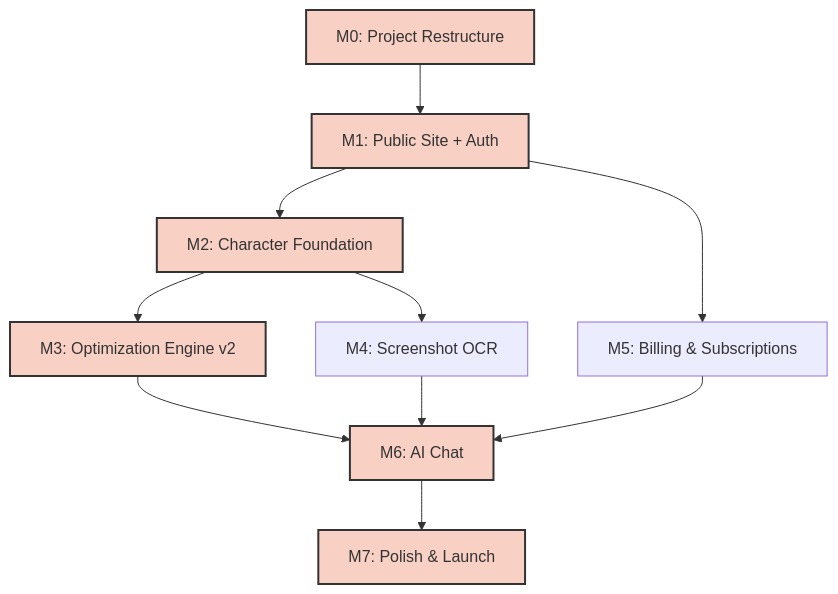
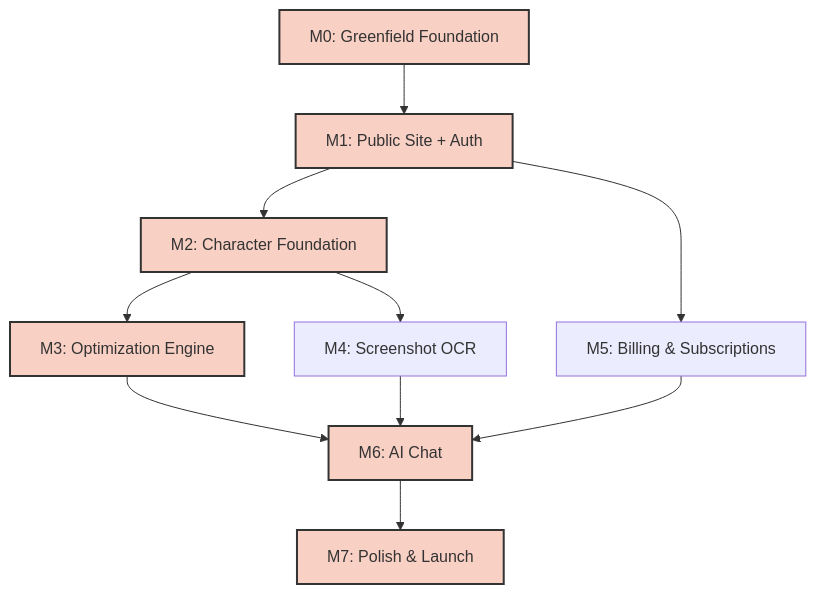
The diagram in docs/ROADMAP.md (glaucus-app/app), drawn with Mermaid before and after one commit. The commit also changed other lines of this file and 4 other files, not shown here.

````diff
--- a/docs/ROADMAP.md
+++ b/docs/ROADMAP.md
@@ -29,15 +29,15 @@
 ```mermaid
 graph TD
-    M0[M0: Project Restructure] --> M1[M1: Public Site + Auth]
+    M0[M0: Greenfield Foundation] --> M1[M1: Public Site + Auth]
     M1 --> M2[M2: Character Foundation]
     M1 --> M5[M5: Billing & Subscriptions]
-    M2 --> M3[M3: Optimization Engine v2]
+    M2 --> M3[M3: Optimization Engine]
     M2 --> M4[M4: Screenshot OCR]
     M3 --> M6[M6: AI Chat]
     M4 --> M6
     M5 --> M6
     M6 --> M7[M7: Polish & Launch]
 
     classDef critical fill:#f9d0c4,stroke:#333,stroke-width:2px;
     class M0,M1,M2,M3,M6,M7 critical;
 ```
````
